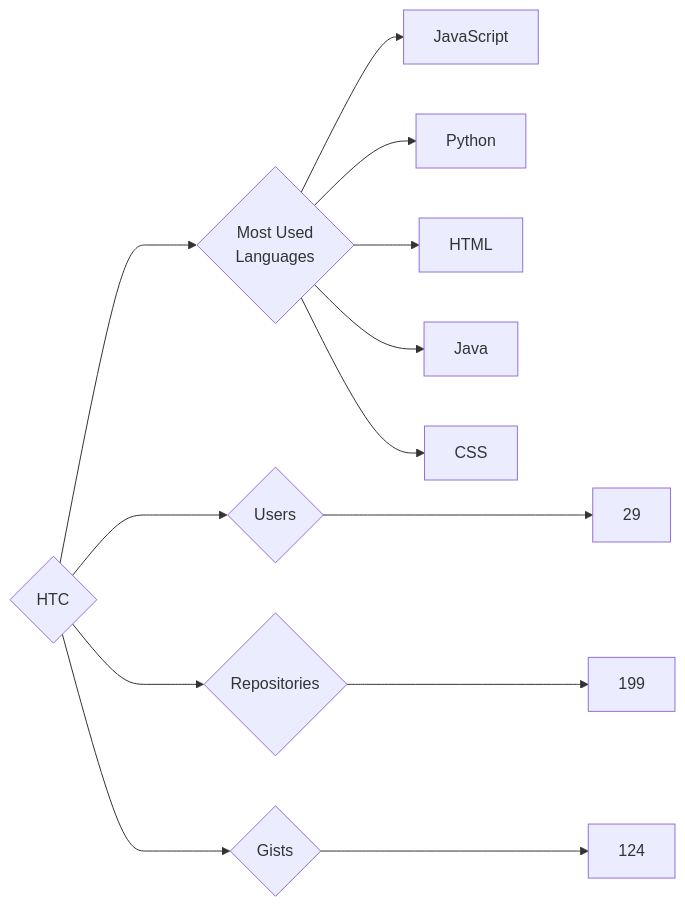
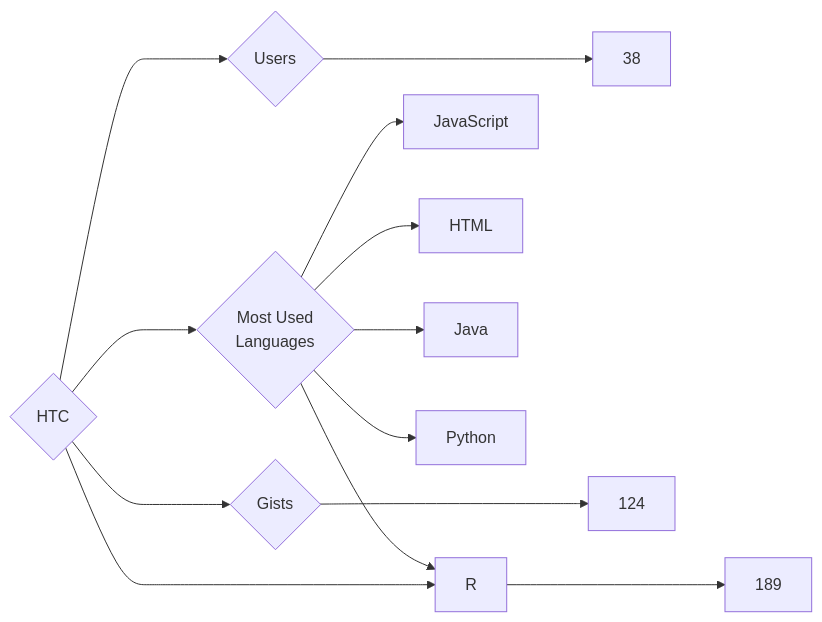
Before and after one commit to trickest/insiders: the diagram in targets/HTC/README.md, drawn with Mermaid. The commit also changed 899 other files, not shown here.

````diff
--- a/targets/HTC/README.md
+++ b/targets/HTC/README.md
@@ -3,13 +3,13 @@
 ```mermaid
 graph LR
 COMPANY_NAME{HTC}
-COMPANY_NAME ---> U{Users} ---> UN[29]
-COMPANY_NAME ---> R{Repositories} ---> RN[199]
+COMPANY_NAME ---> U{Users} ---> UN[38]
+COMPANY_NAME ---> R{Repositories} ---> RN[189]
 COMPANY_NAME ---> G{Gists} ---> GN[124]
 COMPANY_NAME ---> ML{Most Used<br>Languages}
 ML --> JavaScript[JavaScript]
-ML --> Python[Python]
 ML --> HTML[HTML]
 ML --> Java[Java]
-ML --> CSS[CSS]
+ML --> Python[Python]
+ML --> R[R]
 ```
````
